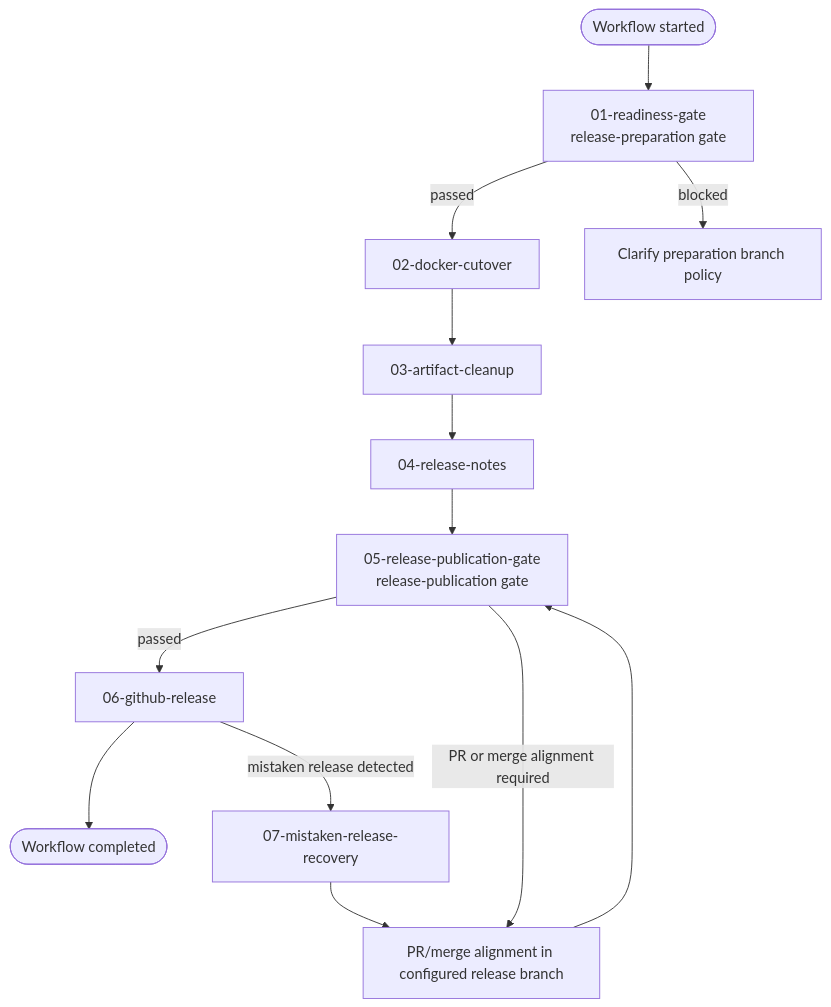
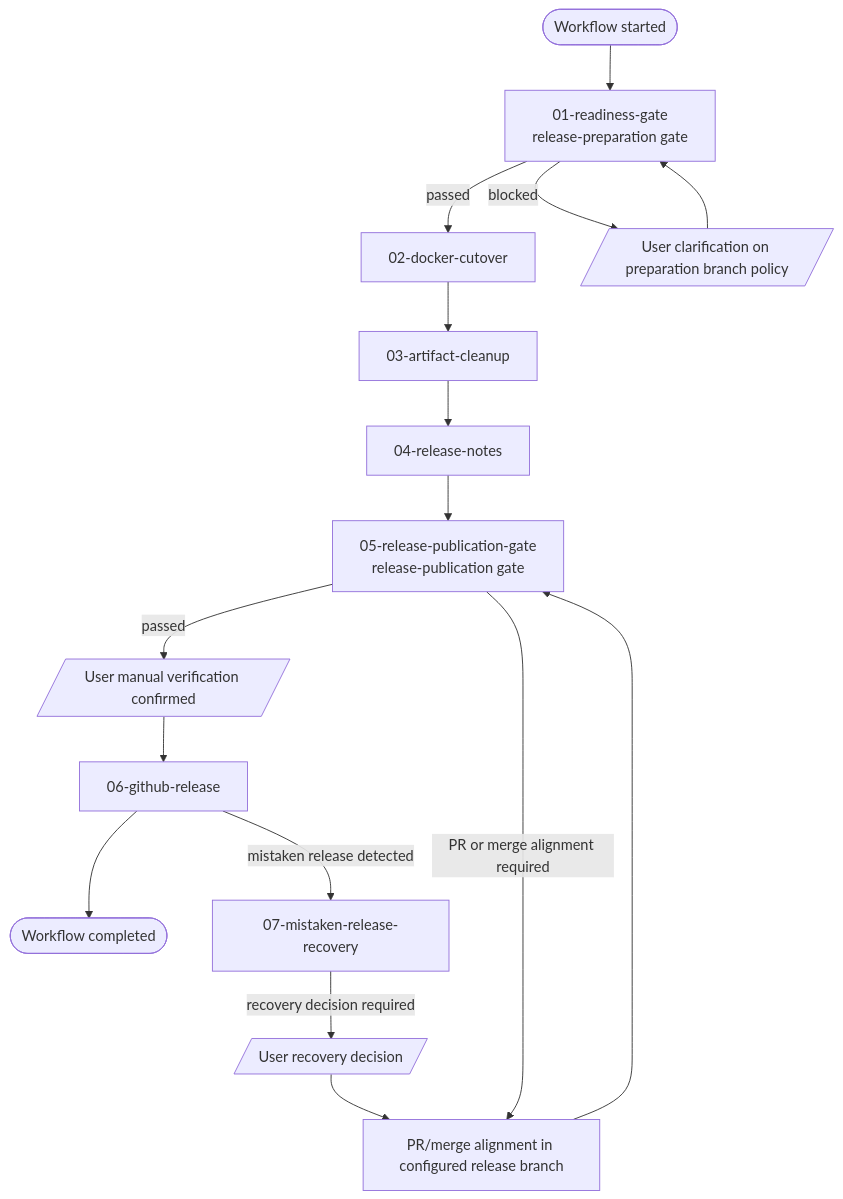
The diagram in workflow.md (medphisiker/realise_project), drawn with Mermaid before and after one commit. The commit also changed other lines of this file, not shown here.

Commit message:
docs: добавлен новый тип вершин графа workflow user interaction

````diff
--- a/workflow.md
+++ b/workflow.md
@@ -40,15 +40,18 @@
 ```mermaid
 flowchart TD
     S([Workflow started]) --> A[01-readiness-gate\nrelease-preparation gate]
     A -->|passed| B[02-docker-cutover]
-    A -->|blocked| A1[Clarify preparation branch policy]
+    A -->|blocked| U1[/User clarification on preparation branch policy/]
+    U1 --> A
     B --> C[03-artifact-cleanup]
     C --> D[04-release-notes]
     D --> E[05-release-publication-gate\nrelease-publication gate]
-    E -->|passed| F[06-github-release]
+    E -->|passed| U2[/User manual verification confirmed/]
+    U2 --> F[06-github-release]
     E -->|PR or merge alignment required| E1[PR/merge alignment in configured release branch]
     E1 --> E
     F --> G([Workflow completed])
     F -->|mistaken release detected| R[07-mistaken-release-recovery]
-    R --> E1
+    R -->|recovery decision required| U3[/User recovery decision/]
+    U3 --> E1
 ```
````
